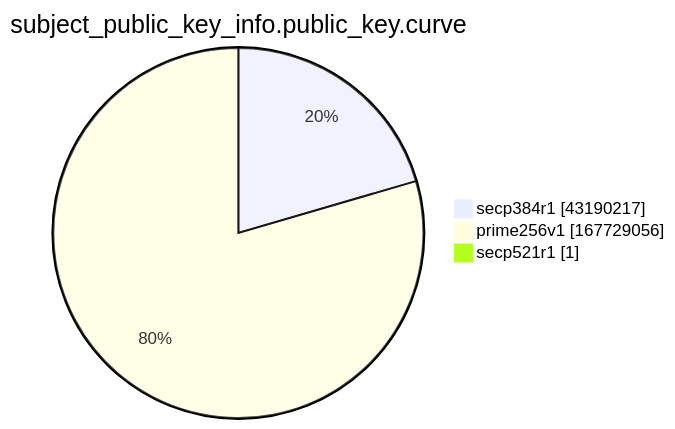
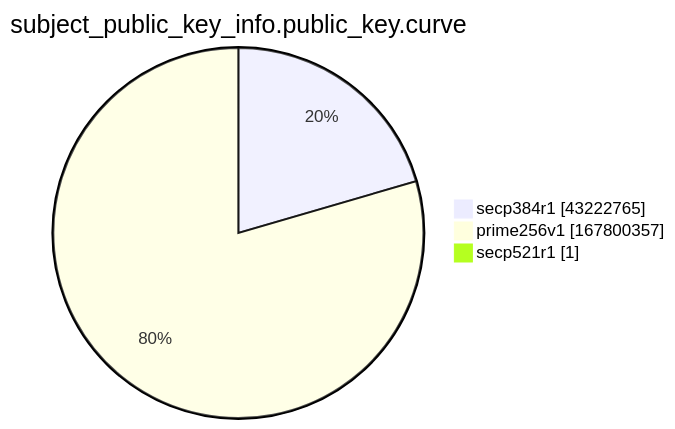
One commit to christiankrug/ctmonitor_visualization changed the ninth of 15 diagrams in xenon2022/README.md. Above: the diagram before and after it, drawn with Mermaid. The commit also changed other lines of this file, not shown here.

````diff
--- a/xenon2022/README.md
+++ b/xenon2022/README.md
@@ -2869,7 +2869,7 @@
 ```mermaid
 pie showData
 title subject_public_key_info.public_key.curve
-"secp384r1" :43190217
-"prime256v1" :167729056
+"secp384r1" :43222765
+"prime256v1" :167800357
 "secp521r1" :1
 ```
````
